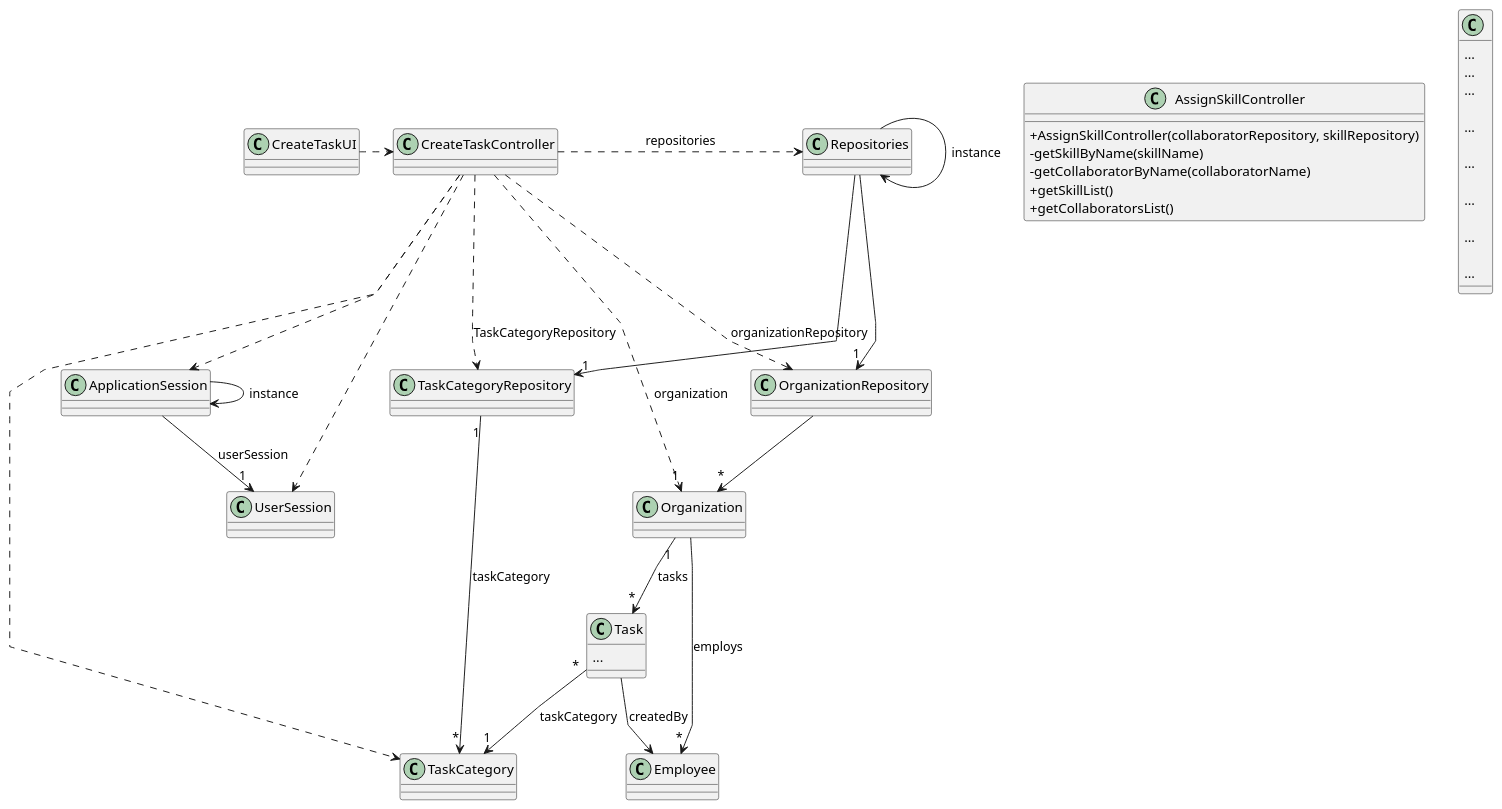
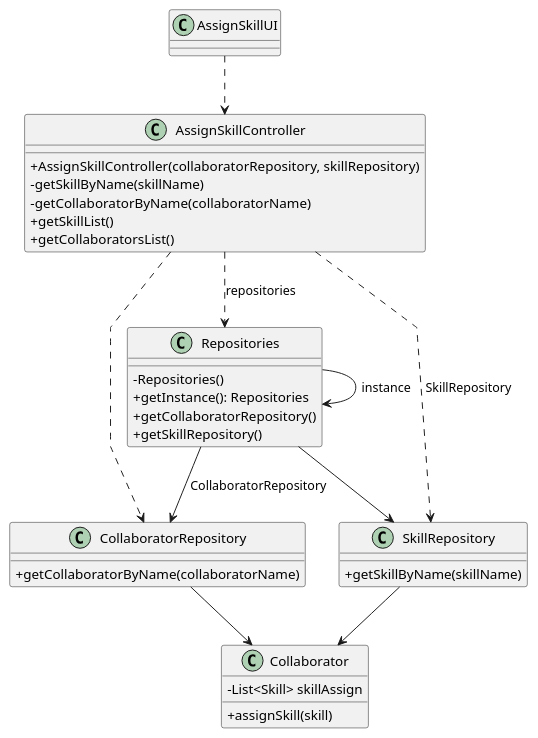
The diagram in docs/sprintA&B/us004/03.design/puml/us004-class-diagram.puml (daniel41silva05/ISEP_2023_2024_LAPR2), drawn with PlantUML before and after one commit.

Commit message:
US004 - class diagram (continuation)

```diff
--- a/docs/sprintA&B/us004/03.design/puml/us004-class-diagram.puml
+++ b/docs/sprintA&B/us004/03.design/puml/us004-class-diagram.puml
@@ -1,96 +1,55 @@
 @startuml
 'skinparam monochrome true
 skinparam packageStyle rectangle
 skinparam shadowing false
 skinparam linetype polyline
 'skinparam linetype orto
 
 skinparam classAttributeIconSize 0
 
 'left to right direction
 
-class AssignSkillController
-{
+class AssignSkillUI{
+}
+
+class AssignSkillController{
     +AssignSkillController(collaboratorRepository, skillRepository)
     -getSkillByName(skillName)
     -getCollaboratorByName(collaboratorName)
     +getSkillList()
     +getCollaboratorsList()
 }
 
-class ...
-{
-    ...
+class Repositories{
+   -Repositories()
+   +getInstance(): Repositories
+   +getCollaboratorRepository()
+   +getSkillRepository()
 }
 
-class ... {
-    ...
+class CollaboratorRepository {
+    +getCollaboratorByName(collaboratorName)
 }
 
-class Task {
-    ...
-
+class SkillRepository {
+    +getSkillByName(skillName)
 }
 
-class ... {
-    ...
-
+class Collaborator  {
+    -List<Skill> skillAssign
+    +assignSkill(skill)
 }
 
-class ... {
-    ...
 
-}
 
-class ... {
-   ...
-
-}
-
-class ... {
-    ...
-
-}
-
-class ... {
-    ...
-
-}
-
-class ... {
-    ...
-
-}
-
-class CreateTaskUI {
-}
-
-Repositories -> Repositories : instance
-ApplicationSession -> ApplicationSession : instance
-
-CreateTaskUI .> CreateTaskController
-
-CreateTaskController .> Repositories : repositories
-
-Repositories -> "1" TaskCategoryRepository
-
-CreateTaskController ..> TaskCategory
-CreateTaskController ..> OrganizationRepository : organizationRepository
-CreateTaskController ..> TaskCategoryRepository : TaskCategoryRepository
-
-Repositories --> "1" OrganizationRepository
-
-OrganizationRepository --> "*" Organization
-ApplicationSession --> "1" UserSession : userSession
-
-CreateTaskController ..> "1" Organization : organization
-CreateTaskController ..> ApplicationSession
-CreateTaskController ..> UserSession
-Task "*" --> "1" TaskCategory : taskCategory
-TaskCategoryRepository "1" --> "*" TaskCategory : taskCategory
-Organization "1" --> "*" Task : tasks
-Task --> Employee : createdBy
-
-Organization --> "*" Employee : employs
+AssignSkillUI ..> AssignSkillController
+AssignSkillController ..> Repositories: repositories
+AssignSkillController ..> CollaboratorRepository
+AssignSkillController ..> SkillRepository: SkillRepository
+Repositories --> Repositories: instance
+Repositories --> CollaboratorRepository: CollaboratorRepository
+Repositories --> SkillRepository
+CollaboratorRepository --> Collaborator
+SkillRepository --> Collaborator
 
 @enduml
```
